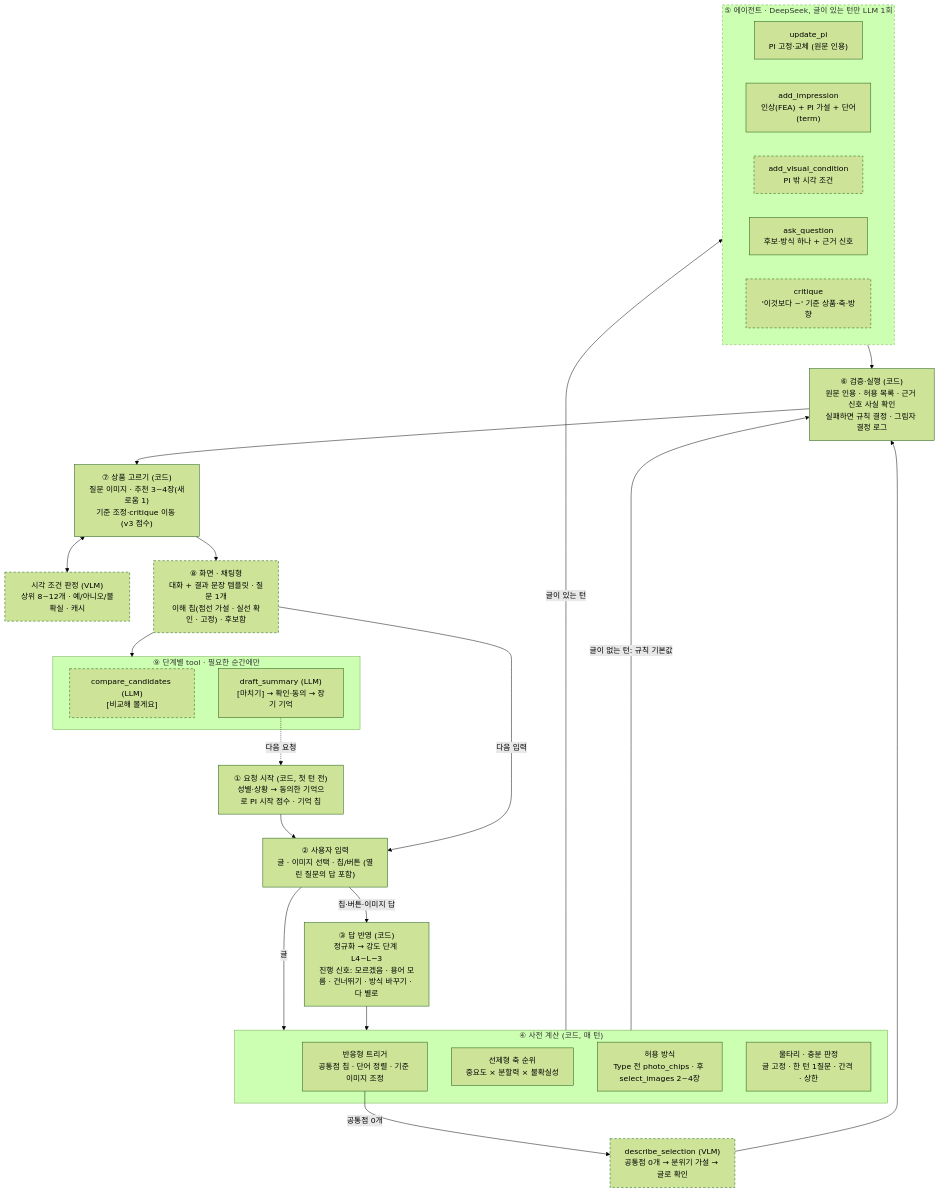
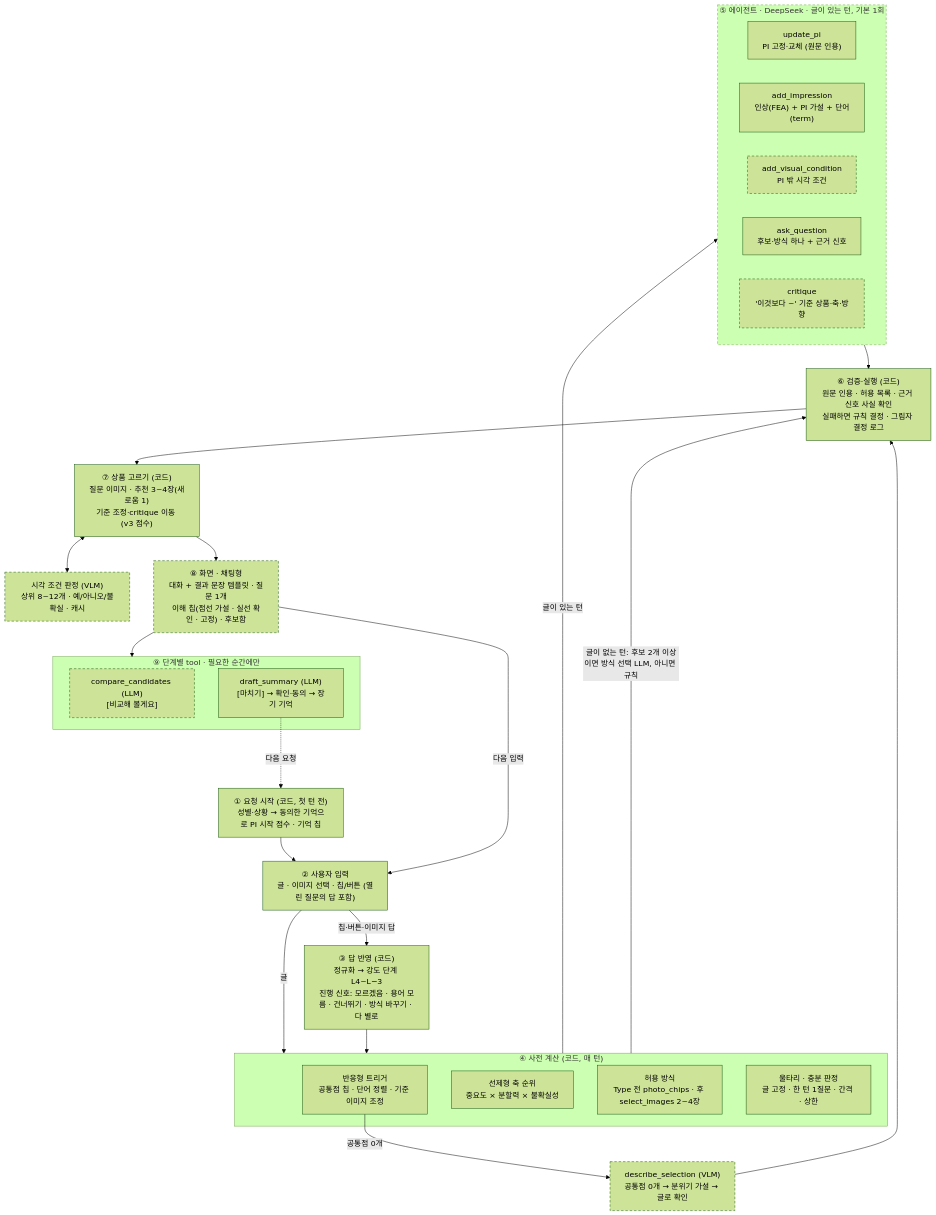
One commit to jongrionro-debug/HCI_HANDSOME changed the diagram in docs/specs/agent-pipeline.md. Above: the diagram before and after it, drawn with Mermaid (forest theme). The commit also changed other lines of this file, not shown here.

First line of the commit message:
docs: LLM 호출을 기본 1회 + 정해진 경우 추가로, 호출 수·응답 시간 로그

````diff
--- a/docs/specs/agent-pipeline.md
+++ b/docs/specs/agent-pipeline.md
@@ -80,45 +80,45 @@
 ```mermaid
 flowchart TD
     ST0["① 요청 시작 (코드, 첫 턴 전)<br/>성별·상황 → 동의한 기억으로 PI 시작 점수 · 기억 칩"]
     U["② 사용자 입력<br/>글 · 이미지 선택 · 칩/버튼 (열린 질문의 답 포함)"]
     A["③ 답 반영 (코드)<br/>정규화 → 강도 단계 L4~L−3<br/>진행 신호: 모르겠음 · 용어 모름 · 건너뛰기 · 방식 바꾸기 · 다 별로"]
     subgraph PRE["④ 사전 계산 (코드, 매 턴)"]
         C1["반응형 트리거<br/>공통점 칩 · 단어 정렬 · 기준 이미지 조정"]
         C2["선제형 축 순위<br/>중요도 × 분할력 × 불확실성"]
         C3["허용 방식<br/>Type 전 photo_chips · 후 select_images 2~4장"]
         C4["울타리 · 충분 판정<br/>글 고정 · 한 턴 1질문 · 간격 · 상한"]
     end
     D1["describe_selection (VLM)<br/>공통점 0개 → 분위기 가설 → 글로 확인"]
-    subgraph AG["⑤ 에이전트 · DeepSeek, 글이 있는 턴만 LLM 1회"]
+    subgraph AG["⑤ 에이전트 · DeepSeek · 글이 있는 턴, 기본 1회"]
         T1["update_pi<br/>PI 고정·교체 (원문 인용)"]
         T2["add_impression<br/>인상(FEA) + PI 가설 + 단어(term)"]
         T3["add_visual_condition<br/>PI 밖 시각 조건"]
         T4["ask_question<br/>후보·방식 하나 + 근거 신호"]
         T5["critique<br/>'이것보다 ~' 기준 상품·축·방향"]
     end
     V["⑥ 검증·실행 (코드)<br/>원문 인용 · 허용 목록 · 근거 신호 사실 확인<br/>실패하면 규칙 결정 · 그림자 결정 로그"]
     P["⑦ 상품 고르기 (코드)<br/>질문 이미지 · 추천 3~4장(새로움 1)<br/>기준 조정·critique 이동 (v3 점수)"]
     VLM["시각 조건 판정 (VLM)<br/>상위 8~12개 · 예/아니오/불확실 · 캐시"]
     S["⑧ 화면 · 채팅형<br/>대화 + 결과 문장 템플릿 · 질문 1개<br/>이해 칩(점선 가설 · 실선 확인 · 고정) · 후보함"]
     subgraph STG["⑨ 단계별 tool · 필요한 순간에만"]
         D2["compare_candidates (LLM)<br/>[비교해 볼게요]"]
         D3["draft_summary (LLM)<br/>[마치기] → 확인·동의 → 장기 기억"]
     end
     ST0 --> U
     U -- "칩·버튼·이미지 답" --> A
     U -- "글" --> PRE
     A --> PRE
     C1 -- "공통점 0개" --> D1
     D1 --> V
     PRE -- "글이 있는 턴" --> AG
-    PRE -- "글이 없는 턴: 규칙 기본값" --> V
+    PRE -- "글이 없는 턴: 후보 2개 이상이면 방식 선택 LLM, 아니면 규칙" --> V
     AG --> V
     V --> P
     P <--> VLM
     P --> S
     S -- "다음 입력" --> U
     S --> STG
     D3 -. "다음 요청" .-> ST0
     classDef todo stroke-dasharray: 5 4
     class AG,T3,T5,D1,VLM,S,D2 todo
 ```
````
